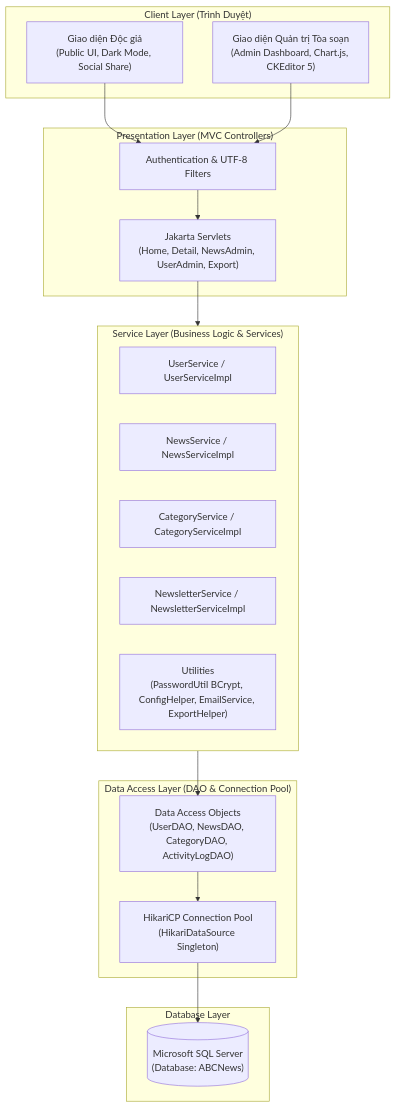
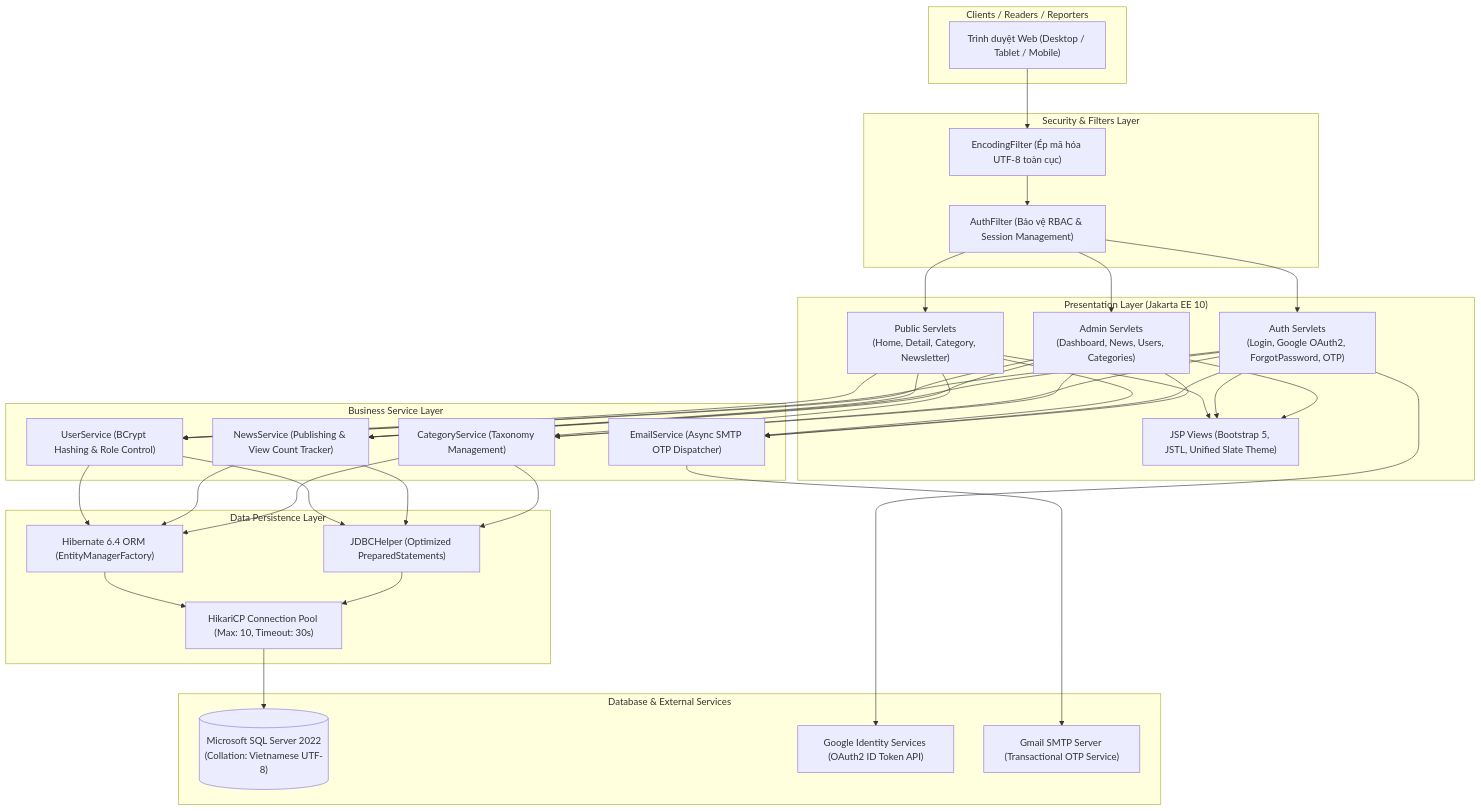
The diagram in README.md (nkhanhduy/ABCNews), drawn with Mermaid before and after one commit. The commit also changed other lines of this file and 41 other files, not shown here.

Commit message:
feat: tích hợp tải ảnh đại diện, khôi phục theme giao diện và trang tác giả

````diff
--- a/README.md
+++ b/README.md
@@ -69,37 +52,50 @@
 ```mermaid
-graph TD
-    subgraph Client_Layer ["Client Layer (Trình Duyệt)"]
-        UI_Public["Giao diện Độc giả<br/>(Public UI, Dark Mode, Social Share)"]
-        UI_Admin["Giao diện Quản trị Tòa soạn<br/>(Admin Dashboard, Chart.js, CKEditor 5)"]
+flowchart TD
+    subgraph Clients["Clients / Readers / Reporters"]
+        WEB["Trình duyệt Web (Desktop / Tablet / Mobile)"]
     end
 
-    subgraph Presentation_Layer ["Presentation Layer (MVC Controllers)"]
-        Filter["Authentication & UTF-8 Filters"]
-        Controllers["Jakarta Servlets<br/>(Home, Detail, NewsAdmin, UserAdmin, Export)"]
+    subgraph Security["Security & Filters Layer"]
+        ENC["EncodingFilter (Ép mã hóa UTF-8 toàn cục)"]
+        AUTH["AuthFilter (Bảo vệ RBAC & Session Management)"]
     end
 
-    subgraph Service_Layer ["Service Layer (Business Logic & Services)"]
-        UserService["UserService / UserServiceImpl"]
-        NewsService["NewsService / NewsServiceImpl"]
-        CatService["CategoryService / CategoryServiceImpl"]
-        NewsLetterService["NewsletterService / NewsletterServiceImpl"]
-        Utils["Utilities<br/>(PasswordUtil BCrypt, ConfigHelper, EmailService, ExportHelper)"]
+    subgraph Presentation["Presentation Layer (Jakarta EE 10)"]
+        PUB_CTRL["Public Servlets\n(Home, Detail, Category, Newsletter)"]
+        AUTH_CTRL["Auth Servlets\n(Login, Google OAuth2, ForgotPassword, OTP)"]
+        ADMIN_CTRL["Admin Servlets\n(Dashboard, News, Users, Categories)"]
+        JSP["JSP Views (Bootstrap 5, JSTL, Unified Slate Theme)"]
     end
 
-    subgraph Data_Access_Layer ["Data Access Layer (DAO & Connection Pool)"]
-        DAOs["Data Access Objects<br/>(UserDAO, NewsDAO, CategoryDAO, ActivityLogDAO)"]
-        HikariCP["HikariCP Connection Pool<br/>(HikariDataSource Singleton)"]
+    subgraph ServiceLayer["Business Service Layer"]
+        USER_SVC["UserService (BCrypt Hashing & Role Control)"]
+        NEWS_SVC["NewsService (Publishing & View Count Tracker)"]
+        CAT_SVC["CategoryService (Taxonomy Management)"]
+        MAIL_SVC["EmailService (Async SMTP OTP Dispatcher)"]
     end
 
-    subgraph Database_Layer ["Database Layer"]
-        SQLServer[("Microsoft SQL Server<br/>(Database: ABCNews)")]
+    subgraph Persistence["Data Persistence Layer"]
+        HIKARI["HikariCP Connection Pool (Max: 10, Timeout: 30s)"]
+        JPA["Hibernate 6.4 ORM (EntityManagerFactory)"]
+        JDBC["JDBCHelper (Optimized PreparedStatements)"]
     end
 
-    UI_Public --> Filter
-    UI_Admin --> Filter
-    Filter --> Controllers
-    Controllers --> Service_Layer
-    Service_Layer --> DAOs
-    DAOs --> HikariCP
-    HikariCP --> SQLServer
+    subgraph Database["Database & External Services"]
+        SQL[("Microsoft SQL Server 2022\n(Collation: Vietnamese UTF-8)")]
+        GOOGLE["Google Identity Services (OAuth2 ID Token API)"]
+        SMTP["Gmail SMTP Server (Transactional OTP Service)"]
+    end
+
+    WEB --> ENC
+    ENC --> AUTH
+    AUTH --> PUB_CTRL & AUTH_CTRL & ADMIN_CTRL
+    PUB_CTRL & AUTH_CTRL & ADMIN_CTRL --> JSP
+    PUB_CTRL & AUTH_CTRL & ADMIN_CTRL --> USER_SVC & NEWS_SVC & CAT_SVC & MAIL_SVC
+    
+    USER_SVC & NEWS_SVC & CAT_SVC --> JPA & JDBC
+    JPA & JDBC --> HIKARI
+    HIKARI --> SQL
+    
+    AUTH_CTRL --> GOOGLE
+    MAIL_SVC --> SMTP
 ```
````
